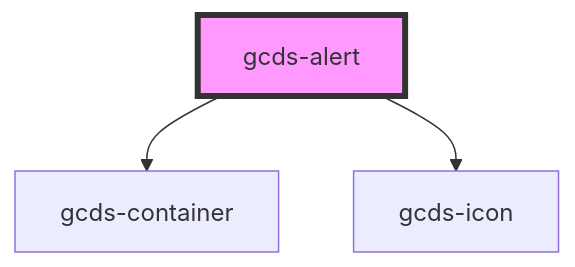
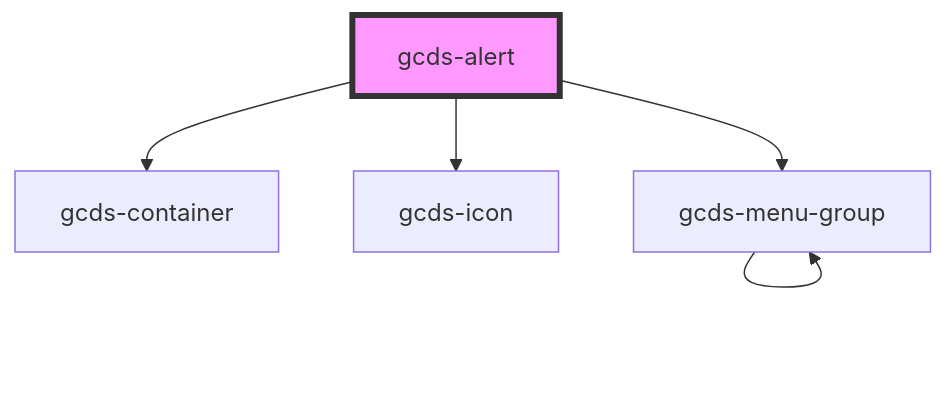
Before and after one commit to cds-snc/gcds-components: the diagram in packages/web/src/components/gcds-alert/readme.md, drawn with Mermaid. The commit also changed other lines of this file and 37 other files, not shown here.

````diff
--- a/packages/web/src/components/gcds-alert/readme.md
+++ b/packages/web/src/components/gcds-alert/readme.md
@@ -36,6 +37,8 @@
 ```mermaid
 graph TD;
   gcds-alert --> gcds-container
   gcds-alert --> gcds-icon
+  gcds-alert --> gcds-menu-group
+  gcds-menu-group --> gcds-menu-group
   style gcds-alert fill:#f9f,stroke:#333,stroke-width:4px
 ```
````
